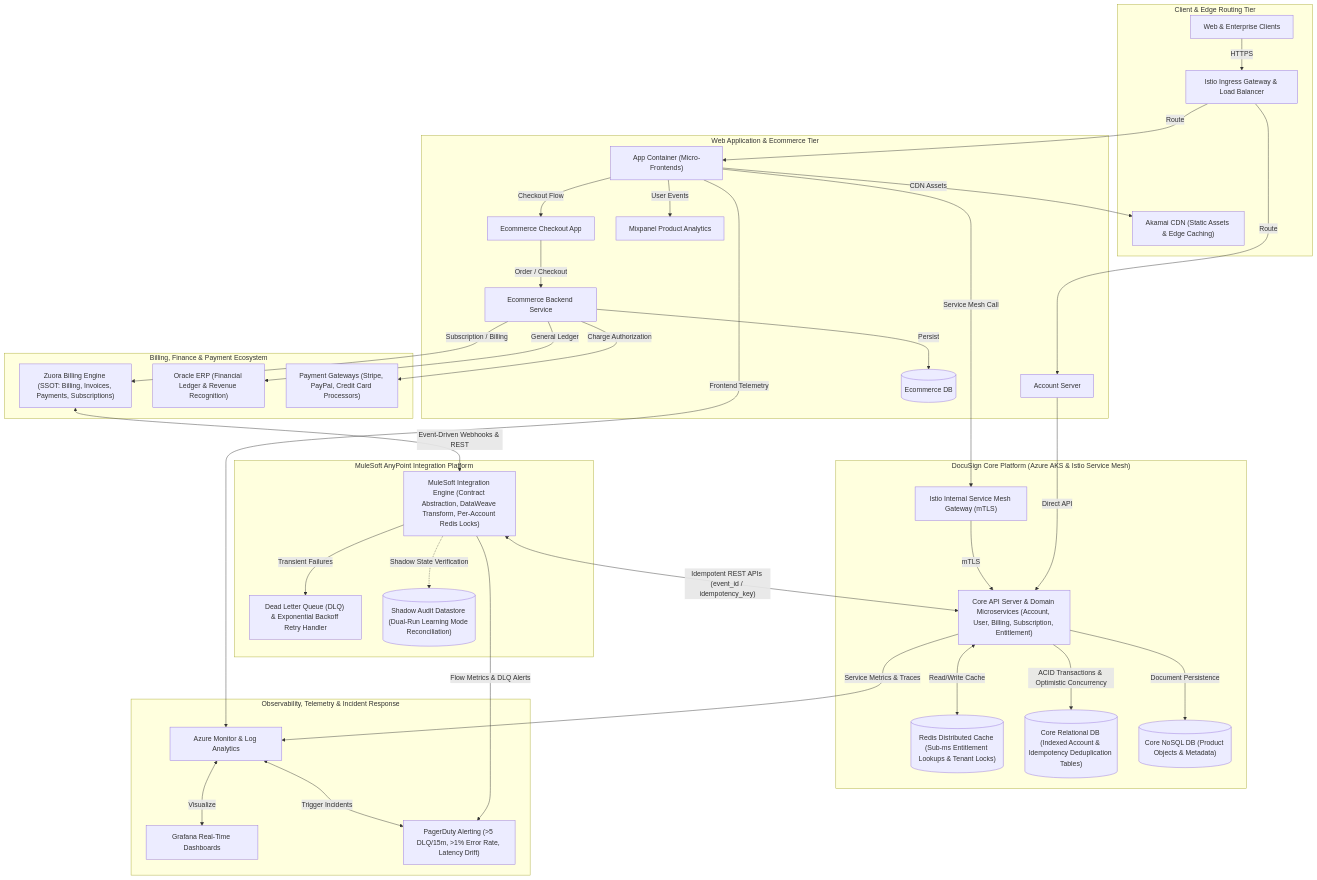
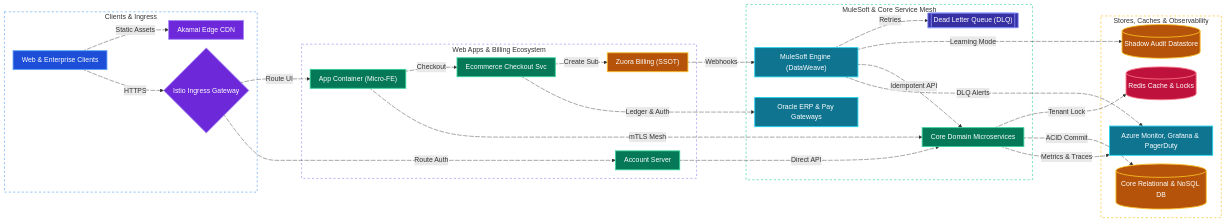
Before and after one commit to tarunbatta/tech-interview-prep: the third of 3 diagrams in system-design/project-retrospective.md, drawn with Mermaid. The commit also changed other lines of this file and 30 other files, not shown here.

First line of the commit message:
docs(system-design): convert Mermaid flowcharts to LR with colors and animated edges

````diff
--- a/system-design/project-retrospective.md
+++ b/system-design/project-retrospective.md
@@ -95,64 +171,83 @@
 ```mermaid
-flowchart TD
-    subgraph ClientEdge["Client & Edge Routing Tier"]
+%%{init: {'flowchart': {'nodeSpacing': 20, 'rankSpacing': 40, 'padding': 10}}}%%
+flowchart LR
+    subgraph ClientEdge["Clients & Ingress"]
         Client["Web & Enterprise Clients"]
-        Akamai["Akamai CDN (Static Assets & Edge Caching)"]
-        IstioIngress["Istio Ingress Gateway & Load Balancer"]
+        Akamai["Akamai Edge CDN"]
+        IstioIngress{"Istio Ingress Gateway"}
     end
-    subgraph FrontendApp["Web Application & Ecommerce Tier"]
-        AppShell["App Container (Micro-Frontends)"]
+    subgraph FrontendAndBilling["Web Apps & Billing Ecosystem"]
+        AppShell["App Container (Micro-FE)"]
         AcctServer["Account Server"]
-        EcomUI["Ecommerce Checkout App"]
-        EcomBackend["Ecommerce Backend Service"]
-        EcomDB[("Ecommerce DB")]
-        Mixpanel["Mixpanel Product Analytics"]
+        EcomBackend["Ecommerce Checkout Svc"]
+        Zuora["Zuora Billing (SSOT)"]
     end
-    subgraph IntegrationTier["MuleSoft AnyPoint Integration Platform"]
-        MuleSoft["MuleSoft Integration Engine (Contract Abstraction, DataWeave Transform, Per-Account Redis Locks)"]
-        MuleDLQ["Dead Letter Queue (DLQ) & Exponential Backoff Retry Handler"]
-        ShadowAudit[("Shadow Audit Datastore (Dual-Run Learning Mode Reconciliation)")]
+    subgraph IntegrationAndMesh["MuleSoft & Core Service Mesh"]
+        MuleSoft["MuleSoft Engine (DataWeave)"]
+        MuleDLQ[["Dead Letter Queue (DLQ)"]]
+        APIServer["Core Domain Microservices"]
+        OracleERP["Oracle ERP & Pay Gateways"]
     end
-    subgraph ExternalBilling["Billing, Finance & Payment Ecosystem"]
-        Zuora["Zuora Billing Engine (SSOT: Billing, Invoices, Payments, Subscriptions)"]
-        OracleERP["Oracle ERP (Financial Ledger & Revenue Recognition)"]
-        PayGateways["Payment Gateways (Stripe, PayPal, Credit Card Processors)"]
+    subgraph DataAndObs["Stores, Caches & Observability"]
+        RedisCache[("Redis Cache & Locks")]
+        RelDB[("Core Relational & NoSQL DB")]
+        ShadowAudit[("Shadow Audit Datastore")]
+        Obs["Azure Monitor, Grafana & PagerDuty"]
     end
-    subgraph CoreAzure["DocuSign Core Platform (Azure AKS & Istio Service Mesh)"]
-        IstioInternal["Istio Internal Service Mesh Gateway (mTLS)"]
-        APIServer["Core API Server & Domain Microservices (Account, User, Billing, Subscription, Entitlement)"]
-        RedisCache[("Redis Distributed Cache (Sub-ms Entitlement Lookups & Tenant Locks)")]
-        RelDB[("Core Relational DB (Indexed Account & Idempotency Deduplication Tables)")]
-        NoSQLDB[("Core NoSQL DB (Product Objects & Metadata)")]
-    end
-    subgraph Observability["Observability, Telemetry & Incident Response"]
-        AzureMon["Azure Monitor & Log Analytics"]
-        Grafana["Grafana Real-Time Dashboards"]
-        PagerDuty["PagerDuty Alerting (>5 DLQ/15m, >1% Error Rate, Latency Drift)"]
-    end
-    Client -->|"HTTPS"| IstioIngress
-    IstioIngress -->|"Route"| AcctServer
-    IstioIngress -->|"Route"| AppShell
-    AppShell -->|"CDN Assets"| Akamai
-    AppShell -->|"User Events"| Mixpanel
-    AppShell -->|"Checkout Flow"| EcomUI
-    AcctServer -->|"Direct API"| APIServer
-    EcomUI -->|"Order / Checkout"| EcomBackend
-    EcomBackend -->|"Persist"| EcomDB
-    EcomBackend -->|"Subscription / Billing"| Zuora
-    EcomBackend -->|"General Ledger"| OracleERP
-    EcomBackend -->|"Charge Authorization"| PayGateways
-    AppShell -->|"Service Mesh Call"| IstioInternal
-    IstioInternal -->|"mTLS"| APIServer
-    Zuora <-->|"Event-Driven Webhooks & REST"| MuleSoft
-    MuleSoft -->|"Transient Failures"| MuleDLQ
-    MuleSoft -.->|"Shadow State Verification"| ShadowAudit
-    MuleSoft <-->|"Idempotent REST APIs (event_id / idempotency_key)"| APIServer
-    APIServer <-->|"Read/Write Cache"| RedisCache
-    APIServer -->|"ACID Transactions & Optimistic Concurrency"| RelDB
-    APIServer -->|"Document Persistence"| NoSQLDB
-    AppShell -->|"Frontend Telemetry"| AzureMon
-    APIServer -->|"Service Metrics & Traces"| AzureMon
-    MuleSoft -->|"Flow Metrics & DLQ Alerts"| PagerDuty
-    AzureMon <-->|"Visualize"| Grafana
-    AzureMon <-->|"Trigger Incidents"| PagerDuty
+    Client e1@-->|"Static Assets"| Akamai
+    Client e2@-->|"HTTPS"| IstioIngress
+    IstioIngress e3@-->|"Route UI"| AppShell
+    IstioIngress e4@-->|"Route Auth"| AcctServer
+    AppShell e5@-->|"Checkout"| EcomBackend
+    AppShell e6@-->|"mTLS Mesh"| APIServer
+    AcctServer e7@-->|"Direct API"| APIServer
+    EcomBackend e8@-->|"Create Sub"| Zuora
+    EcomBackend e9@-->|"Ledger & Auth"| OracleERP
+    Zuora e10@-->|"Webhooks"| MuleSoft
+    MuleSoft e11@-->|"Retries"| MuleDLQ
+    MuleSoft e12@-.->|"Learning Mode"| ShadowAudit
+    MuleSoft e13@-->|"Idempotent API"| APIServer
+    APIServer e14@-->|"Tenant Lock"| RedisCache
+    APIServer e15@-->|"ACID Commit"| RelDB
+    APIServer e16@-->|"Metrics & Traces"| Obs
+    MuleSoft e17@-->|"DLQ Alerts"| Obs
+
+    e1@{ animate: true }
+    e2@{ animate: true }
+    e3@{ animate: true }
+    e4@{ animate: true }
+    e5@{ animate: true }
+    e6@{ animate: true }
+    e7@{ animate: true }
+    e8@{ animate: true }
+    e9@{ animate: true }
+    e10@{ animate: true }
+    e11@{ animate: true }
+    e12@{ animate: true }
+    e13@{ animate: true }
+    e14@{ animate: true }
+    e15@{ animate: true }
+    e16@{ animate: true }
+    e17@{ animate: true }
+
+    classDef client fill:#1d4ed8,stroke:#60a5fa,stroke-width:2px,color:#ffffff
+    classDef edge fill:#6d28d9,stroke:#a78bfa,stroke-width:2px,color:#ffffff
+    classDef service fill:#047857,stroke:#34d399,stroke-width:2px,color:#ffffff
+    classDef worker fill:#0e7490,stroke:#22d3ee,stroke-width:2px,color:#ffffff
+    classDef cache fill:#be123c,stroke:#fb7185,stroke-width:2px,color:#ffffff
+    classDef storage fill:#b45309,stroke:#fbbf24,stroke-width:2px,color:#ffffff
+    classDef queue fill:#3730a3,stroke:#818cf8,stroke-width:2px,color:#ffffff
+
+    class Client client
+    class Akamai,IstioIngress edge
+    class AppShell,AcctServer,EcomBackend,APIServer service
+    class MuleSoft,OracleERP,Obs worker
+    class MuleDLQ queue
+    class RedisCache cache
+    class Zuora,RelDB,ShadowAudit storage
+
+    style ClientEdge fill:transparent,stroke:#60a5fa,stroke-width:1.5px,stroke-dasharray: 5 5
+    style FrontendAndBilling fill:transparent,stroke:#a78bfa,stroke-width:1.5px,stroke-dasharray: 5 5
+    style IntegrationAndMesh fill:transparent,stroke:#34d399,stroke-width:1.5px,stroke-dasharray: 5 5
+    style DataAndObs fill:transparent,stroke:#fbbf24,stroke-width:1.5px,stroke-dasharray: 5 5
 ```
````
